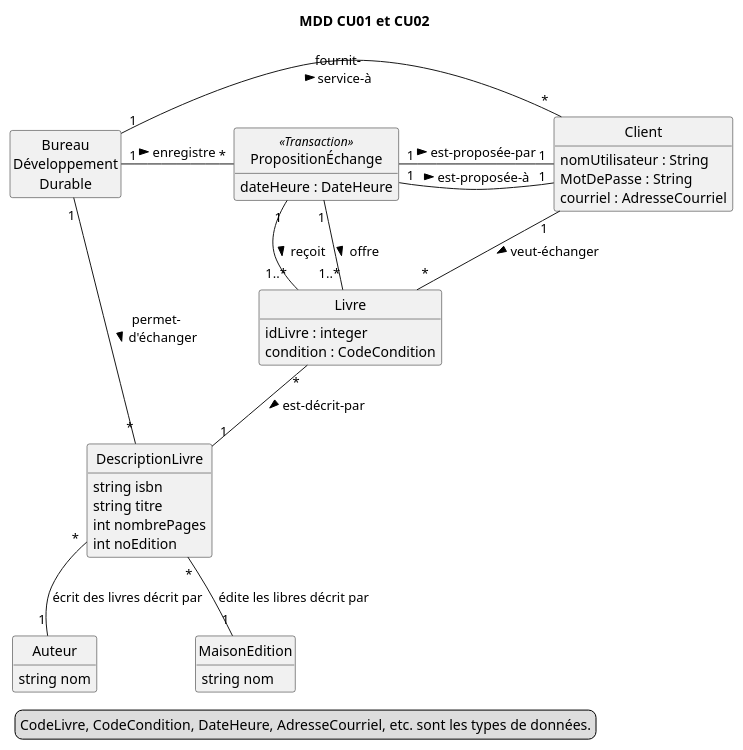
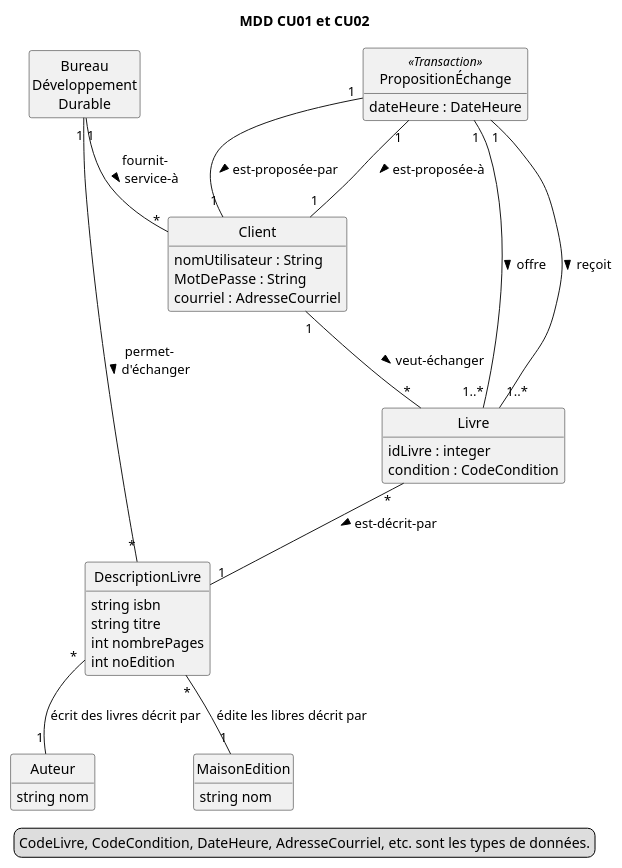
One commit to yvanross/LOG210-exercices changed the fourth of 7 diagrams in DCU-CU-MDD-DSS-CON-RDCU-DCC/MDD-DSS-CON-RDCU-DCL-systeme-echange-livre.md. Above: the diagram before and after it, drawn with PlantUML. The commit also changed other lines of this file and 4 other files, not shown here.

````diff
--- a/DCU-CU-MDD-DSS-CON-RDCU-DCC/MDD-DSS-CON-RDCU-DCL-systeme-echange-livre.md
+++ b/DCU-CU-MDD-DSS-CON-RDCU-DCC/MDD-DSS-CON-RDCU-DCL-systeme-echange-livre.md
@@ -211,54 +195,53 @@
 ```plantuml
 @startuml
 title: MDD CU01 et CU02
 skinparam style strictuml
 hide empty members
 hide empty methods
 class Client {
  nomUtilisateur : String
  MotDePasse : String
  courriel : AdresseCourriel
 }
 class Livre {
  idLivre : integer
  condition : CodeCondition
 }
 class DescriptionLivre {
     string isbn
   string titre
   int nombrePages
   int noEdition
 }
 
 
 class A as "Auteur" {
   string nom
 }
 
 class ME as "MaisonEdition" {
   string nom
 
 }
 class "Bureau\nDéveloppement\nDurable" as BDD
 Client "1" -- "*" Livre : veut-échanger >
 BDD "1" -- "*" DescriptionLivre : permet-\nd'échanger >
-BDD "1" - "*" Client : fournit-\nservice-à >
+BDD "1" -- "*" Client : fournit-\nservice-à >
 Livre "*" -- "1" DescriptionLivre : est-décrit-par >
 class "PropositionÉchange" as PE <<Transaction>>{
   dateHeure : DateHeure
 }
 PE "1" -- "1..*" Livre : offre >
 PE "1" -- "1..*" Livre : reçoit >
-BDD "1" - "*" PE : enregistre >
-PE "1" - "1" Client : est-proposée-par >
-PE "1" - "1" Client : est-proposée-à >
+PE "1" -- "1" Client : est-proposée-par >
+PE "1" -- "1" Client : est-proposée-à >
 
 A "1" -up- "*" DescriptionLivre: écrit des livres décrit par 
 ME "1" -up- "*" DescriptionLivre: édite les libres décrit par 
 
 legend left
 CodeLivre, CodeCondition, DateHeure, AdresseCourriel, etc. sont les types de données.
 end legend
 @enduml
 
 ```
````
